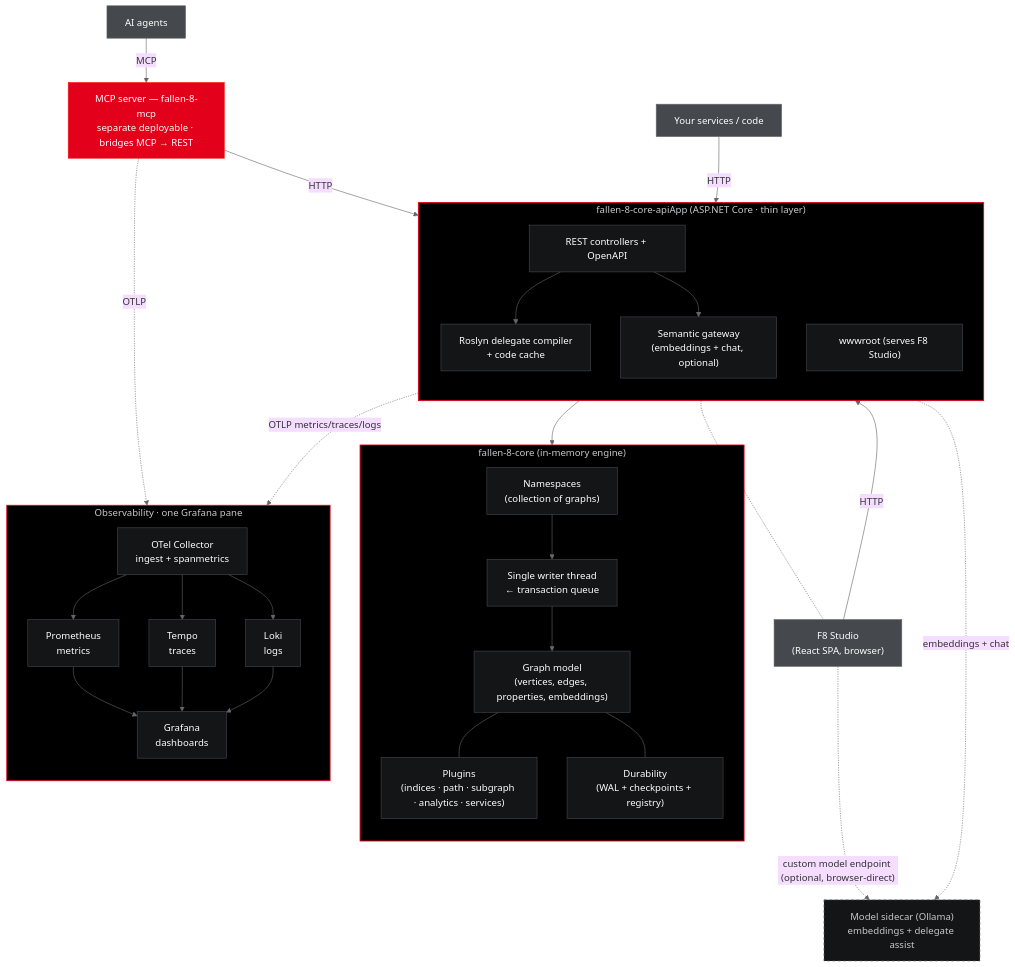
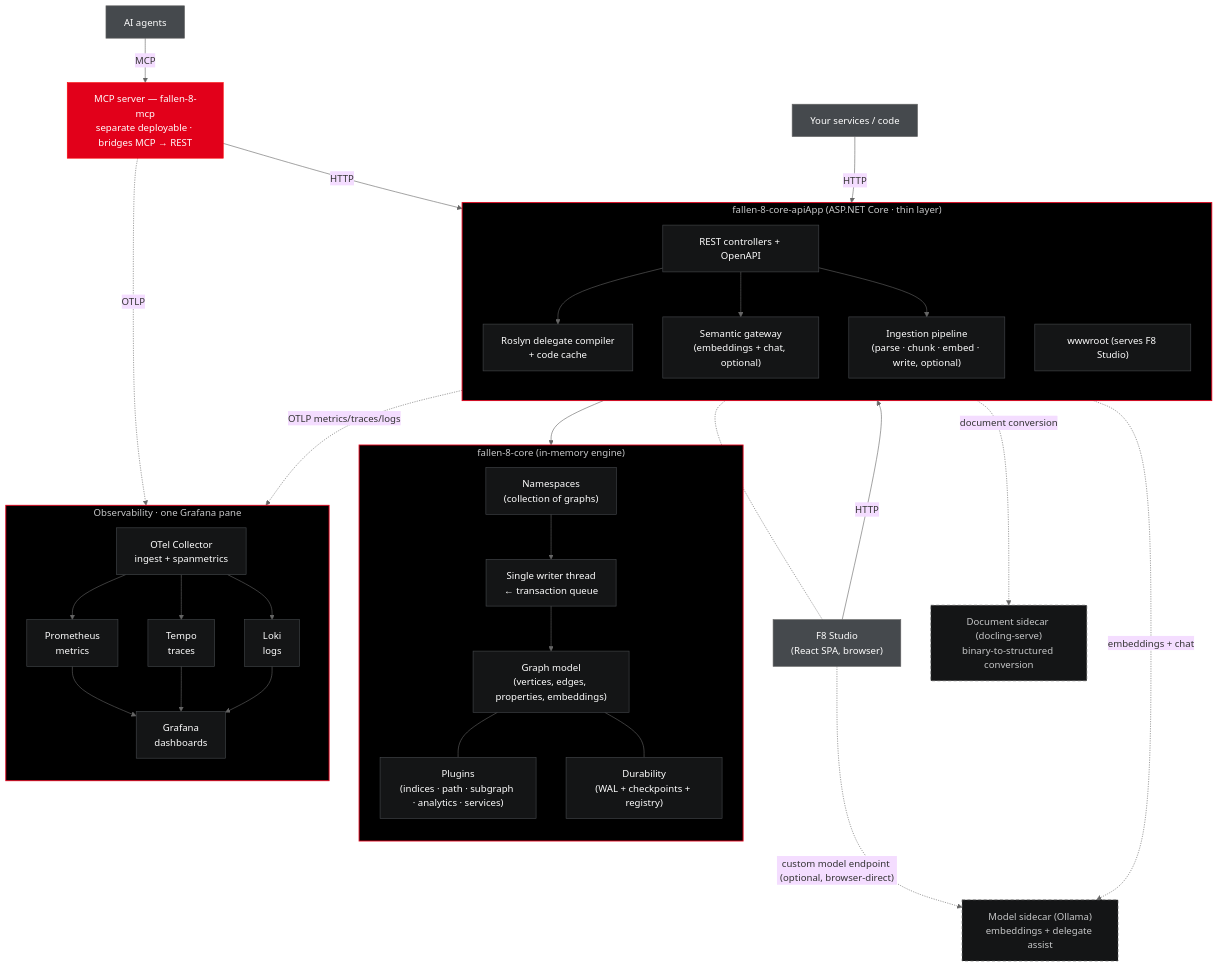
The diagram in docs/src/content/docs/architecture.md (cosh/fallen-8-core), drawn with Mermaid before and after one commit. The commit also changed other lines of this file and 26 other files, not shown here.

First line of the commit message:
unstructured-ingestion: docs page, diagrams, README, screenshots (phase 8)

````diff
--- a/docs/src/content/docs/architecture.md
+++ b/docs/src/content/docs/architecture.md
@@ -12,65 +12,69 @@
 ```mermaid
 %%{init: {'theme':'base','themeVariables':{'fontFamily':'ui-monospace, SFMono-Regular, Menlo, Consolas, monospace','lineColor':'#666666'}}}%%
 flowchart TB
     agents["AI agents"]:::client
     studio["F8 Studio<br/>(React SPA, browser)"]:::client
     svc["Your services / code"]:::client
 
     mcp["MCP server — fallen-8-mcp<br/>separate deployable · bridges MCP → REST"]:::mcp
 
     subgraph app["fallen-8-core-apiApp (ASP.NET Core · thin layer)"]
         direction TB
         rest["REST controllers + OpenAPI"]:::sys
         roslyn["Roslyn delegate compiler<br/>+ code cache"]:::sys
         semantic["Semantic gateway<br/>(embeddings + chat, optional)"]:::sys
+        ingestion["Ingestion pipeline<br/>(parse · chunk · embed · write, optional)"]:::sys
         wwwroot["wwwroot (serves F8 Studio)"]:::sys
     end
     subgraph engine["fallen-8-core (in-memory engine)"]
         direction TB
         ns["Namespaces<br/>(collection of graphs)"]:::sys
         writer["Single writer thread<br/>← transaction queue"]:::sys
         model["Graph model<br/>(vertices, edges, properties, embeddings)"]:::sys
         plugins["Plugins<br/>(indices · path · subgraph · analytics · services)"]:::sys
         durab["Durability<br/>(WAL + checkpoints + registry)"]:::sys
     end
     sidecar["Model sidecar (Ollama)<br/>embeddings + delegate assist"]:::ext
+    docling["Document sidecar (docling-serve)<br/>binary-to-structured conversion"]:::ext
 
     subgraph obs["Observability · one Grafana pane"]
         direction TB
         collector["OTel Collector<br/>ingest + spanmetrics"]:::sys
         promstore["Prometheus<br/>metrics"]:::sys
         tempo["Tempo<br/>traces"]:::sys
         loki["Loki<br/>logs"]:::sys
         grafana["Grafana<br/>dashboards"]:::sys
         collector --> promstore
         collector --> tempo
         collector --> loki
         promstore --> grafana
         tempo --> grafana
         loki --> grafana
     end
 
     agents -->|MCP| mcp
     mcp -->|HTTP| rest
     studio -->|HTTP| rest
     svc -->|HTTP| rest
     studio -.->|"custom model endpoint (optional, browser-direct)"| sidecar
     wwwroot -.- studio
     rest --> ns
     rest --> roslyn
     rest --> semantic
+    rest --> ingestion
     semantic -.->|embeddings + chat| sidecar
+    ingestion -.->|document conversion| docling
     rest -.->|OTLP metrics/traces/logs| collector
     mcp -.->|OTLP| collector
     ns --> writer --> model
     model --- plugins
     model --- durab
 
     classDef client fill:#45494D,stroke:#666666,color:#FEFEFE
     classDef mcp fill:#E2001A,stroke:#FC0606,color:#FEFEFE
     classDef sys fill:#141516,stroke:#45494D,color:#FEFEFE
     classDef ext fill:#141516,stroke:#666666,color:#C6C7C8,stroke-dasharray:5 4
     style app fill:#000000,stroke:#E2001A,stroke-width:1.5px,color:#C6C7C8
     style engine fill:#000000,stroke:#E2001A,stroke-width:1.5px,color:#C6C7C8
     style obs fill:#000000,stroke:#E2001A,stroke-width:1.5px,color:#C6C7C8
 ```
````
